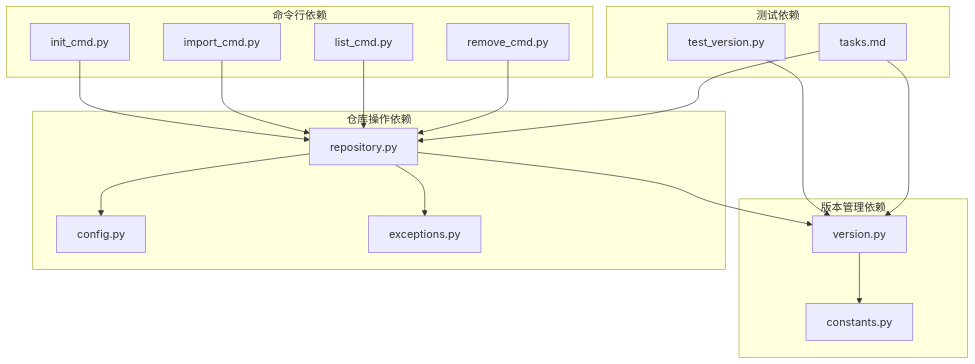
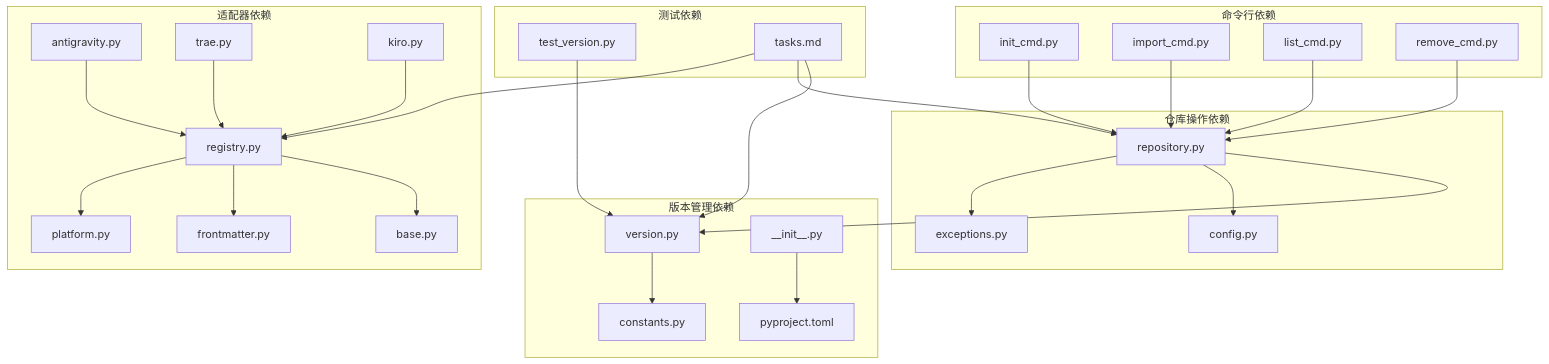
Before and after one commit to MapleWan/MSR: the tenth of 11 diagrams in .qoder/repowiki/zh/content/核心概念/版本管理机制.md, drawn with Mermaid. The commit also changed other lines of this file and 5 other files, not shown here.

````diff
--- a/.qoder/repowiki/zh/content/核心概念/版本管理机制.md
+++ b/.qoder/repowiki/zh/content/核心概念/版本管理机制.md
@@ -301,33 +432,52 @@
 ```mermaid
 graph TD
 subgraph "版本管理依赖"
 VersionPy[version.py]
 ConstantsPy[constants.py]
+InitPy[__init__.py]
+PyProject[pyproject.toml]
 end
 subgraph "仓库操作依赖"
 RepositoryPy[repository.py]
 ConfigPy[config.py]
 ExceptionsPy[exceptions.py]
 end
 subgraph "命令行依赖"
 InitCmdPy[init_cmd.py]
 ImportCmdPy[import_cmd.py]
 ListCmdPy[list_cmd.py]
 RemoveCmdPy[remove_cmd.py]
 end
+subgraph "适配器依赖"
+RegistryPy[registry.py]
+BasePy[base.py]
+AntigravityPy[antigravity.py]
+TraePy[trae.py]
+KiroPy[kiro.py]
+FrontmatterPy[frontmatter.py]
+PlatformPy[platform.py]
+end
 subgraph "测试依赖"
 TestVersionPy[test_version.py]
 TasksMd[tasks.md]
 end
 VersionPy --> ConstantsPy
+InitPy --> PyProject
 RepositoryPy --> VersionPy
 RepositoryPy --> ConfigPy
 RepositoryPy --> ExceptionsPy
 InitCmdPy --> RepositoryPy
 ImportCmdPy --> RepositoryPy
 ListCmdPy --> RepositoryPy
 RemoveCmdPy --> RepositoryPy
+RegistryPy --> BasePy
+AntigravityPy --> RegistryPy
+TraePy --> RegistryPy
+KiroPy --> RegistryPy
+RegistryPy --> FrontmatterPy
+RegistryPy --> PlatformPy
 TestVersionPy --> VersionPy
 TasksMd --> VersionPy
 TasksMd --> RepositoryPy
+TasksMd --> RegistryPy
 ```
````
